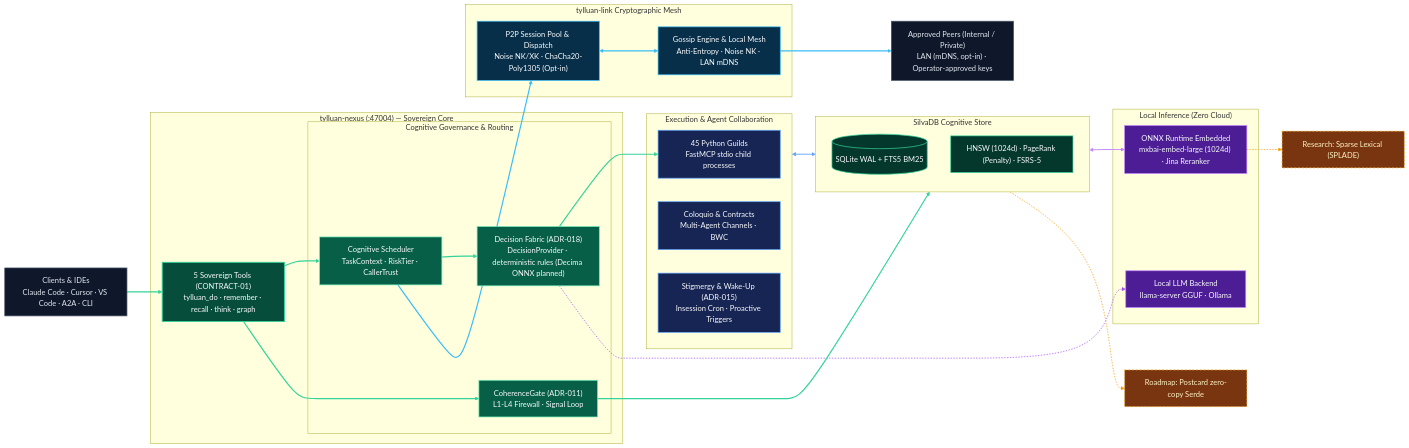
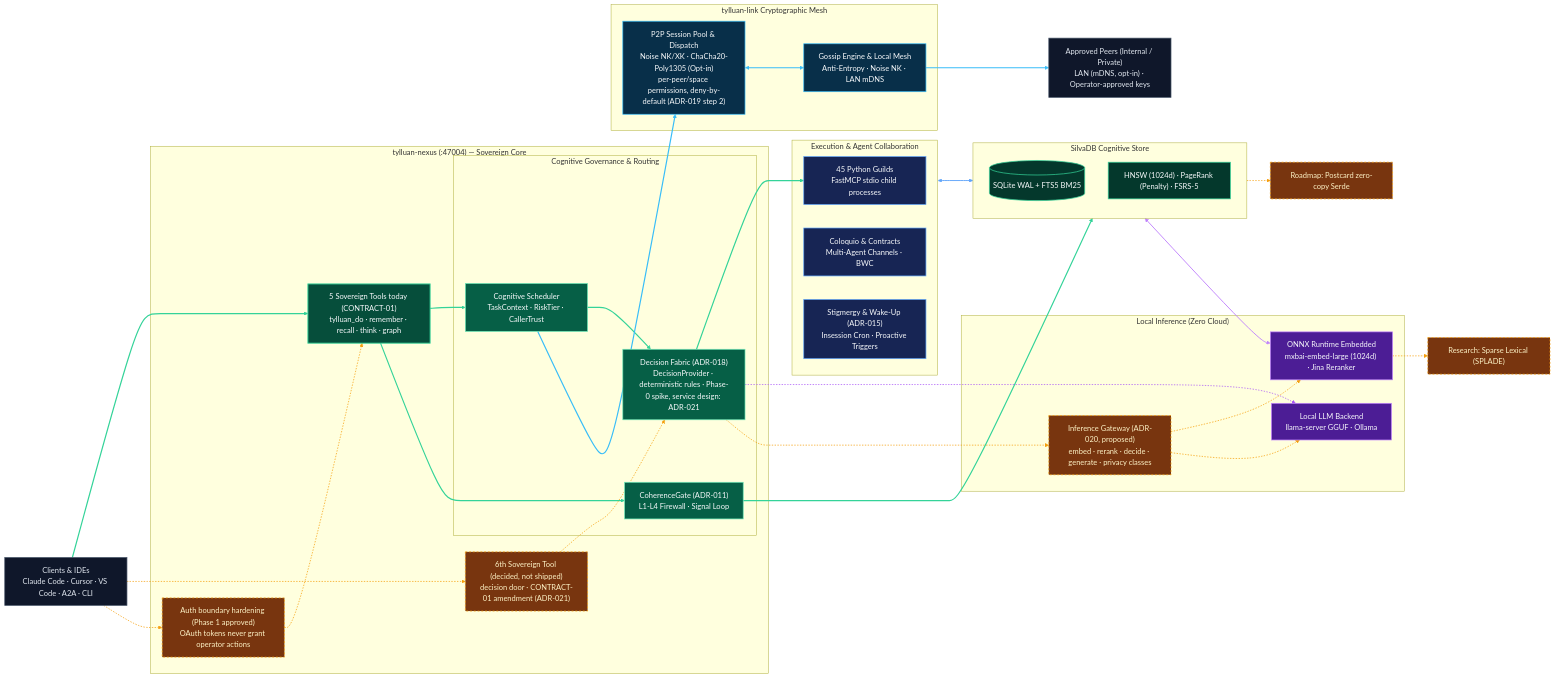
Before and after one commit to Forja-orca/tylluan: the diagram in README.md, drawn with Mermaid. The commit also changed other lines of this file and 7 other files, not shown here.

First line of the commit message:
docs: signal the 2026-10-15 architecture decisions in the public README, diagrams, roadmap and changelog

````diff
--- a/README.md
+++ b/README.md
@@ -345,11 +365,13 @@
   CLIENTS["Clients & IDEs<br/>Claude Code · Cursor · VS Code · A2A · CLI"]
 
   subgraph SOVEREIGN["tylluan-nexus (:47004) — Sovereign Core"]
-    TOOLS["5 Sovereign Tools (CONTRACT-01)<br/>tylluan_do · remember · recall · think · graph"]
+    TOOLS["5 Sovereign Tools today (CONTRACT-01)<br/>tylluan_do · remember · recall · think · graph"]
+    TOOL6["6th Sovereign Tool (decided, not shipped)<br/>decision door · CONTRACT-01 amendment (ADR-021)"]:::future
+    AUTH["Auth boundary hardening (Phase 1 approved)<br/>OAuth tokens never grant operator actions"]:::future
 
     subgraph GOVERN["Cognitive Governance & Routing"]
       SCHED["Cognitive Scheduler<br/>TaskContext · RiskTier · CallerTrust"]
-      DECIDER["Decision Fabric (ADR-018)<br/>DecisionProvider · deterministic rules (Decima ONNX planned)"]
+      DECIDER["Decision Fabric (ADR-018)<br/>DecisionProvider · deterministic rules · Phase-0 spike, service design: ADR-021"]
       CGATE["CoherenceGate (ADR-011)<br/>L1-L4 Firewall · Signal Loop"]
     end
   end
@@ -360,6 +382,7 @@
   end
 
   subgraph INFER["Local Inference (Zero Cloud)"]
+    GATEWAY["Inference Gateway (ADR-020, proposed)<br/>embed · rerank · decide · generate · privacy classes"]:::future
     ONNX["ONNX Runtime Embedded<br/>mxbai-embed-large (1024d) · Jina Reranker"]
     LLAMA["Local LLM Backend<br/>llama-server GGUF · Ollama"]
   end
@@ -371,7 +394,7 @@
   end
 
   subgraph MESH["tylluan-link Cryptographic Mesh"]
-    P2P["P2P Session Pool & Dispatch<br/>Noise NK/XK · ChaCha20-Poly1305 (Opt-in)"]
+    P2P["P2P Session Pool & Dispatch<br/>Noise NK/XK · ChaCha20-Poly1305 (Opt-in)<br/>per-peer/space permissions, deny-by-default (ADR-019 step 2)"]
     GOSSIP["Gossip Engine & Local Mesh<br/>Anti-Entropy · Noise NK · LAN mDNS"]
   end
 
@@ -395,6 +418,13 @@
 
   ONNX -.-> SPARSE
   MEMORY -.-> POSTCARD
+  CLIENTS -.-> TOOL6
+  TOOL6 -.-> DECIDER
+  DECIDER -.-> GATEWAY
+  GATEWAY -.-> ONNX
+  GATEWAY -.-> LLAMA
+  CLIENTS -.-> AUTH
+  AUTH -.-> TOOLS
 
   classDef sovStyle fill:#064e3b,stroke:#34d399,color:#f8fafc,stroke-width:2px;
   classDef govStyle fill:#065f46,stroke:#6ee7b7,color:#f8fafc,stroke-width:1.5px;
@@ -419,4 +449,5 @@
   linkStyle 8 stroke:#a855f7,stroke-width:1.5px,stroke-dasharray:3 3;
   linkStyle 9,10,11 stroke:#38bdf8,stroke-width:2.5px;
   linkStyle 12,13 stroke:#f59e0b,stroke-width:1.5px,stroke-dasharray:3 3;
+  linkStyle 14,15,16,17,18,19,20 stroke:#f59e0b,stroke-width:1.5px,stroke-dasharray:3 3;
 ```
````
